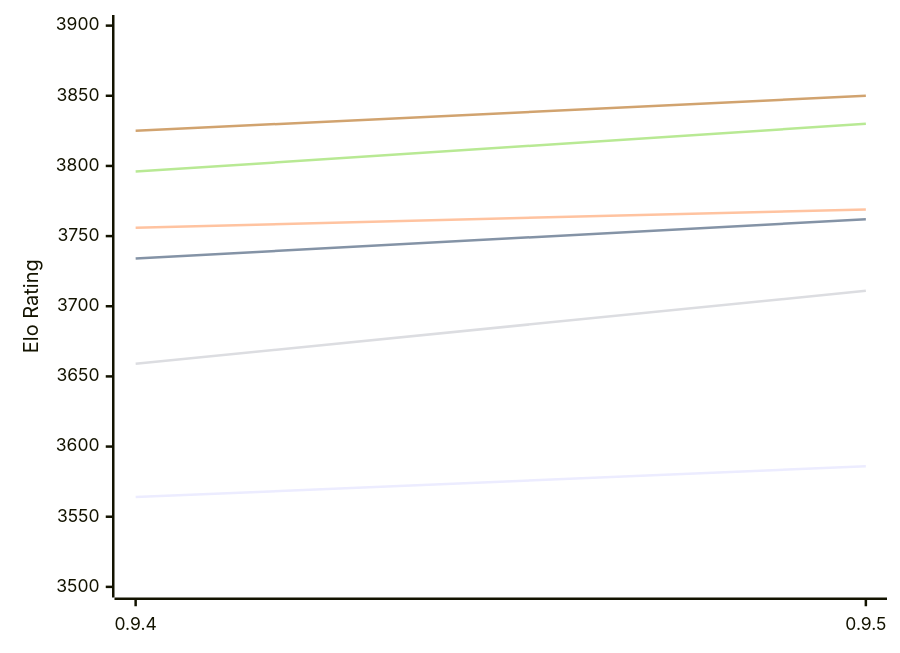
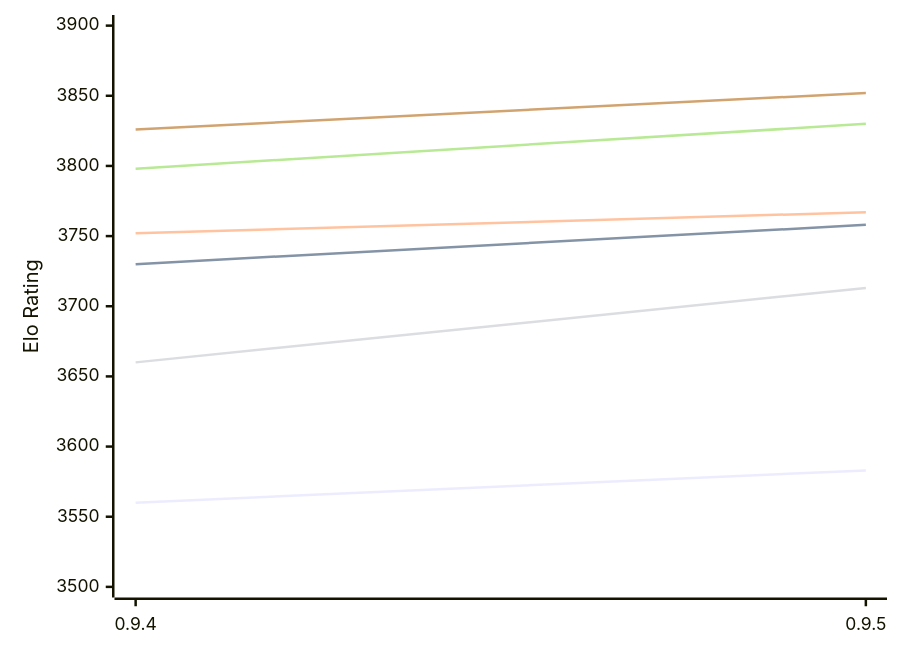
One commit to computer-chess-index/cci changed the first of 2 diagrams in engines/Coda.md. Above: the diagram before and after it, drawn with Mermaid. The commit also changed other lines of this file, not shown here.

Commit message:
Update CCI Ratings (ELO VLTC) - 2026-11-09

````diff
--- a/engines/Coda.md
+++ b/engines/Coda.md
@@ -52,12 +52,12 @@
 ```mermaid
 %%{init: {"theme":"base","themeVariables":{"seriesColors:['#a3a3a3','#222221','#faa371']}}}%%
 xychart-beta
   x-axis ["0.9.4", "0.9.5"]
   y-axis "Elo Rating" 3500 --> 3900
-  line "E1: STC (8.0+0.08s)" [3564, 3586]
-  line "E1: LTC (60.0+0.60s)" [3734, 3762]
-  line "E1: VLTC (2m24s+1.12s)" [3756, 3769]
-  line "P1: STC (8.0+0.08s)" [3659, 3711]
-  line "P1: LTC (60.0+0.60s)" [3796, 3830]
-  line "P1: VLTC (2m24s+1.12s)" [3825, 3850]
+  line "E1: STC (8.0+0.08s)" [3560, 3583]
+  line "E1: LTC (60.0+0.60s)" [3730, 3758]
+  line "E1: VLTC (2m24s+1.12s)" [3752, 3767]
+  line "P1: STC (8.0+0.08s)" [3660, 3713]
+  line "P1: LTC (60.0+0.60s)" [3798, 3830]
+  line "P1: VLTC (2m24s+1.12s)" [3826, 3852]
 ```
````
